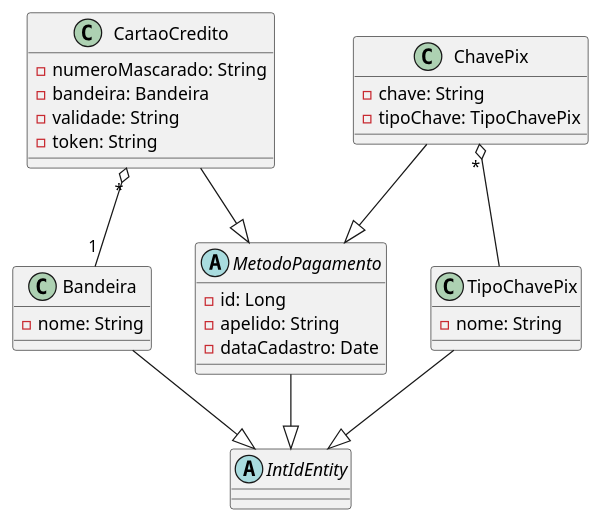
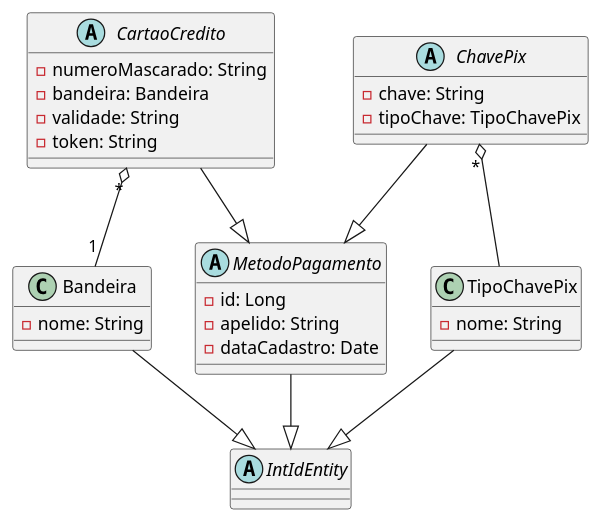
The diagram in docs/classes/core/shared/domain/pagamento_extendido.puml (Wesley0010012/DSMA-Requisitos), drawn with PlantUML before and after one commit. The commit also changed 1 other file, not shown here.

```diff
--- a/docs/classes/core/shared/domain/pagamento_extendido.puml
+++ b/docs/classes/core/shared/domain/pagamento_extendido.puml
@@ -1,41 +1,41 @@
 @startuml "Exemplo - Método de Pagamento Extendido"
 
 abstract class IntIdEntity
 
 abstract class MetodoPagamento {
     - id: Long
     - apelido: String
     - dataCadastro: Date
 }
 
 class TipoChavePix {
     - nome: String
 }
 
 class Bandeira {
     - nome: String
 }
 
-class CartaoCredito {
+abstract class CartaoCredito {
     - numeroMascarado: String
     - bandeira: Bandeira
     - validade: String
     - token: String
 }
 
-class ChavePix {
+abstract class ChavePix {
     - chave: String
     - tipoChave: TipoChavePix
 }
 
 MetodoPagamento --|> IntIdEntity
 CartaoCredito --|> MetodoPagamento
 ChavePix --|> MetodoPagamento
 
 TipoChavePix --|> IntIdEntity
 Bandeira --|> IntIdEntity
 
 CartaoCredito "*" o-- "1" Bandeira
 ChavePix "*" o-- TipoChavePix
 
 @enduml
```
